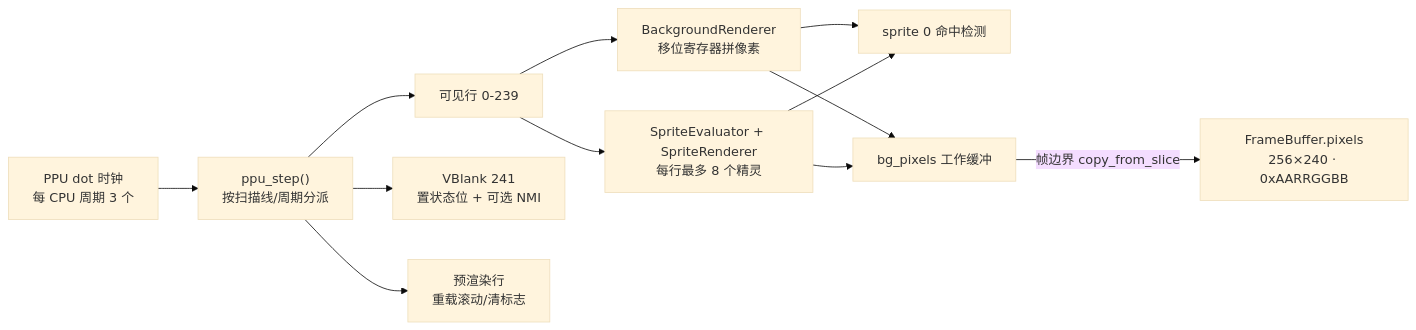
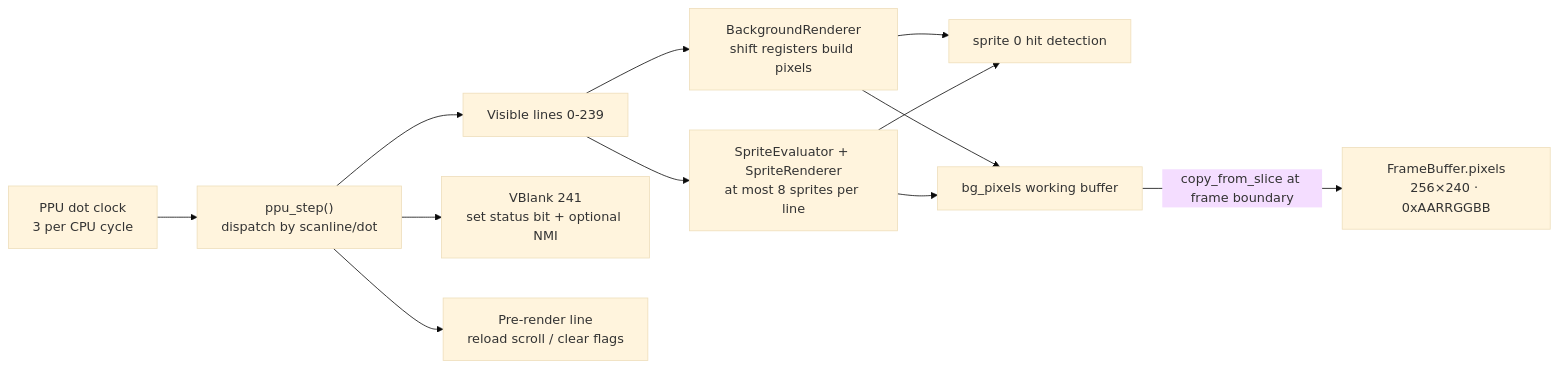
The fifth of 13 diagrams in docs/architecture.md (YufJi/nes-emulator), drawn with Mermaid (base theme) before and after one commit. The commit also changed other lines of this file and 8 other files, not shown here.

````diff
--- a/docs/architecture.md
+++ b/docs/architecture.md
@@ -306,15 +329,15 @@
 ```mermaid
 flowchart LR
-    Dot["PPU dot 时钟<br/>每 CPU 周期 3 个"] --> Step["ppu_step()<br/>按扫描线/周期分派"]
-    Step --> Visible["可见行 0-239"]
-    Step --> Vblank["VBlank 241<br/>置状态位 + 可选 NMI"]
-    Step --> Pre["预渲染行<br/>重载滚动/清标志"]
+    Dot["PPU dot clock<br/>3 per CPU cycle"] --> Step["ppu_step()<br/>dispatch by scanline/dot"]
+    Step --> Visible["Visible lines 0-239"]
+    Step --> Vblank["VBlank 241<br/>set status bit + optional NMI"]
+    Step --> Pre["Pre-render line<br/>reload scroll / clear flags"]
 
-    Visible --> BG["BackgroundRenderer<br/>移位寄存器拼像素"]
-    Visible --> Sprites["SpriteEvaluator + SpriteRenderer<br/>每行最多 8 个精灵"]
-    BG --> Hit["sprite 0 命中检测"]
+    Visible --> BG["BackgroundRenderer<br/>shift registers build pixels"]
+    Visible --> Sprites["SpriteEvaluator + SpriteRenderer<br/>at most 8 sprites per line"]
+    BG --> Hit["sprite 0 hit detection"]
     Sprites --> Hit
-    BG --> Buf["bg_pixels 工作缓冲"]
+    BG --> Buf["bg_pixels working buffer"]
     Sprites --> Buf
-    Buf -->|帧边界 copy_from_slice| Fb["FrameBuffer.pixels<br/>256×240 · 0xAARRGGBB"]
+    Buf -->|copy_from_slice at frame boundary| Fb["FrameBuffer.pixels<br/>256×240 · 0xAARRGGBB"]
 ```
````
